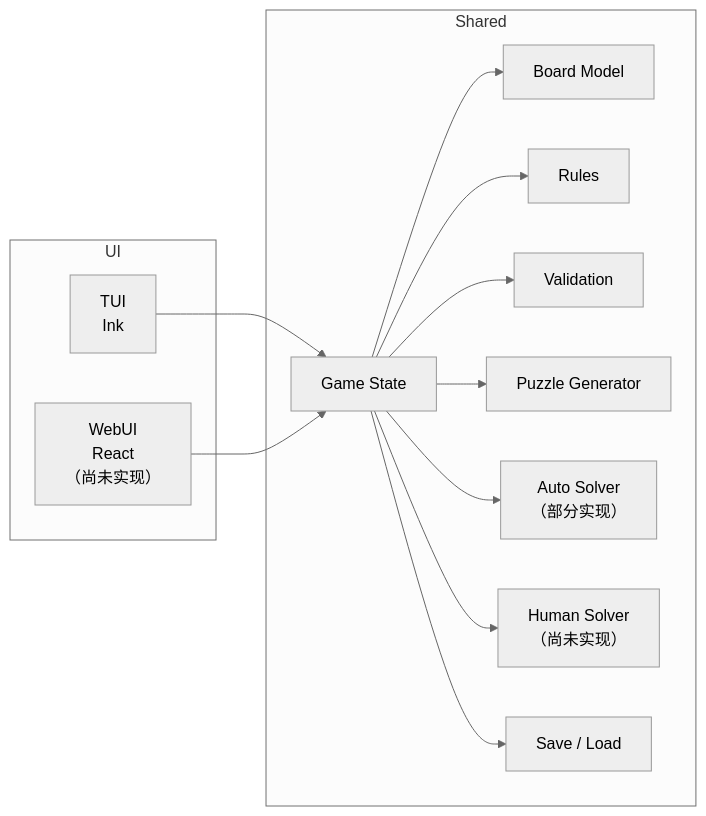
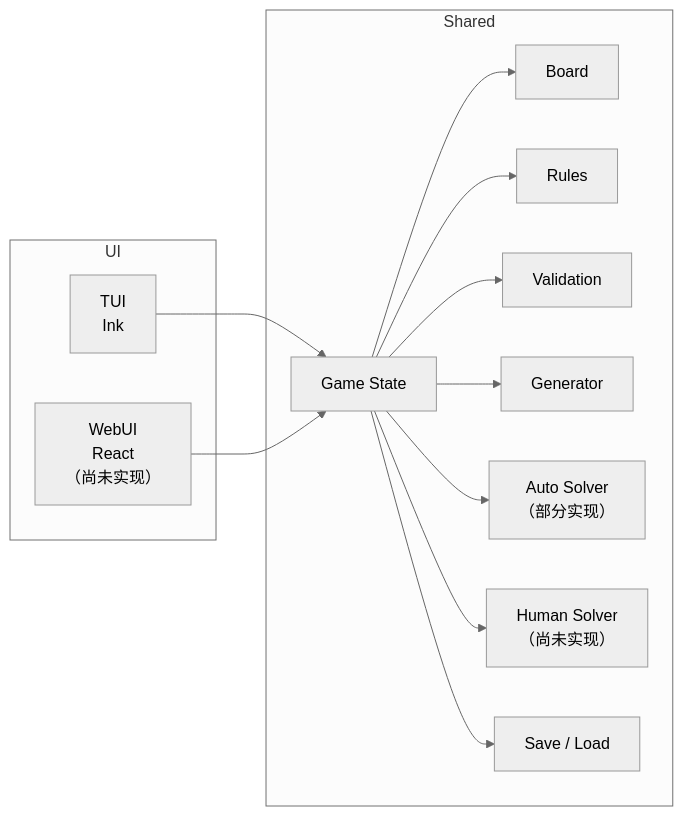
The diagram in docs/DEV.md (Juemuren/sudoku), drawn with Mermaid (neutral theme) before and after one commit. The commit also changed 6 other files, not shown here.

````diff
--- a/docs/DEV.md
+++ b/docs/DEV.md
@@ -22,29 +22,29 @@
 ```mermaid
 flowchart LR
   subgraph UI[UI]
     TUI[TUI<br>Ink]
     WEBUI[WebUI<br>React<br>（尚未实现）]
   end
 
   subgraph Shared[Shared]
     STATE[Game State]
-    BOARD[Board Model]
+    BOARD[Board]
     RULES[Rules]
     VAL[Validation]
-    GEN[Puzzle Generator]
+    GEN[Generator]
     AUTO[Auto Solver<br>（部分实现）]
     HUMAN[Human Solver<br>（尚未实现）]
     STORE[Save / Load]
   end
 
   TUI --> STATE
   WEBUI --> STATE
 
   STATE --> BOARD
   STATE --> RULES
   STATE --> VAL
   STATE --> GEN
   STATE --> AUTO
   STATE --> HUMAN
   STATE --> STORE
 ```
````
